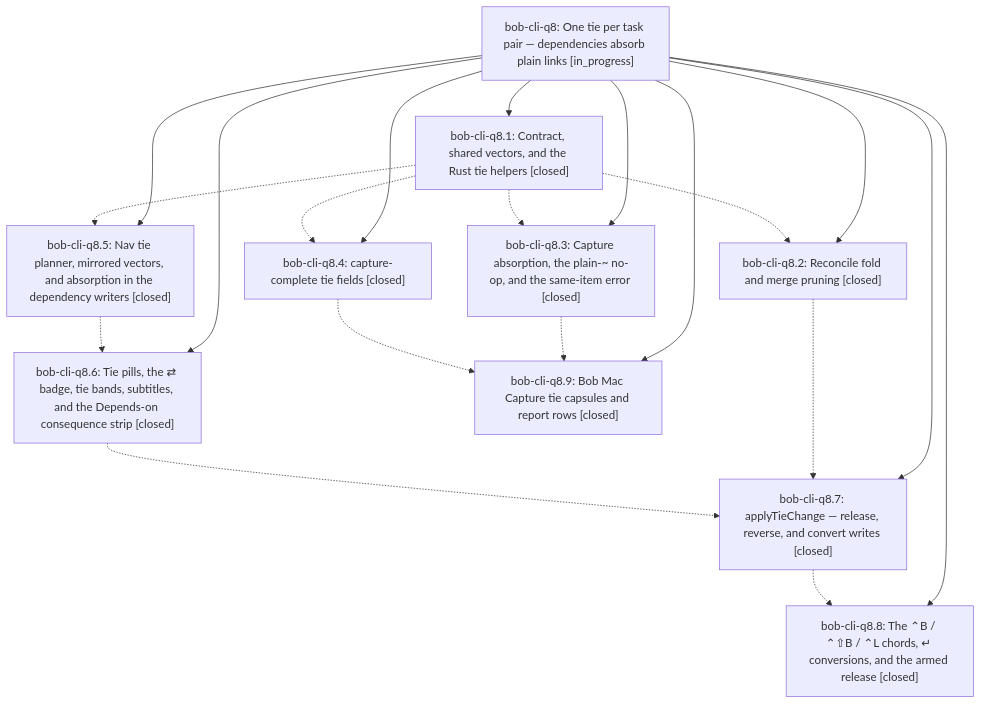
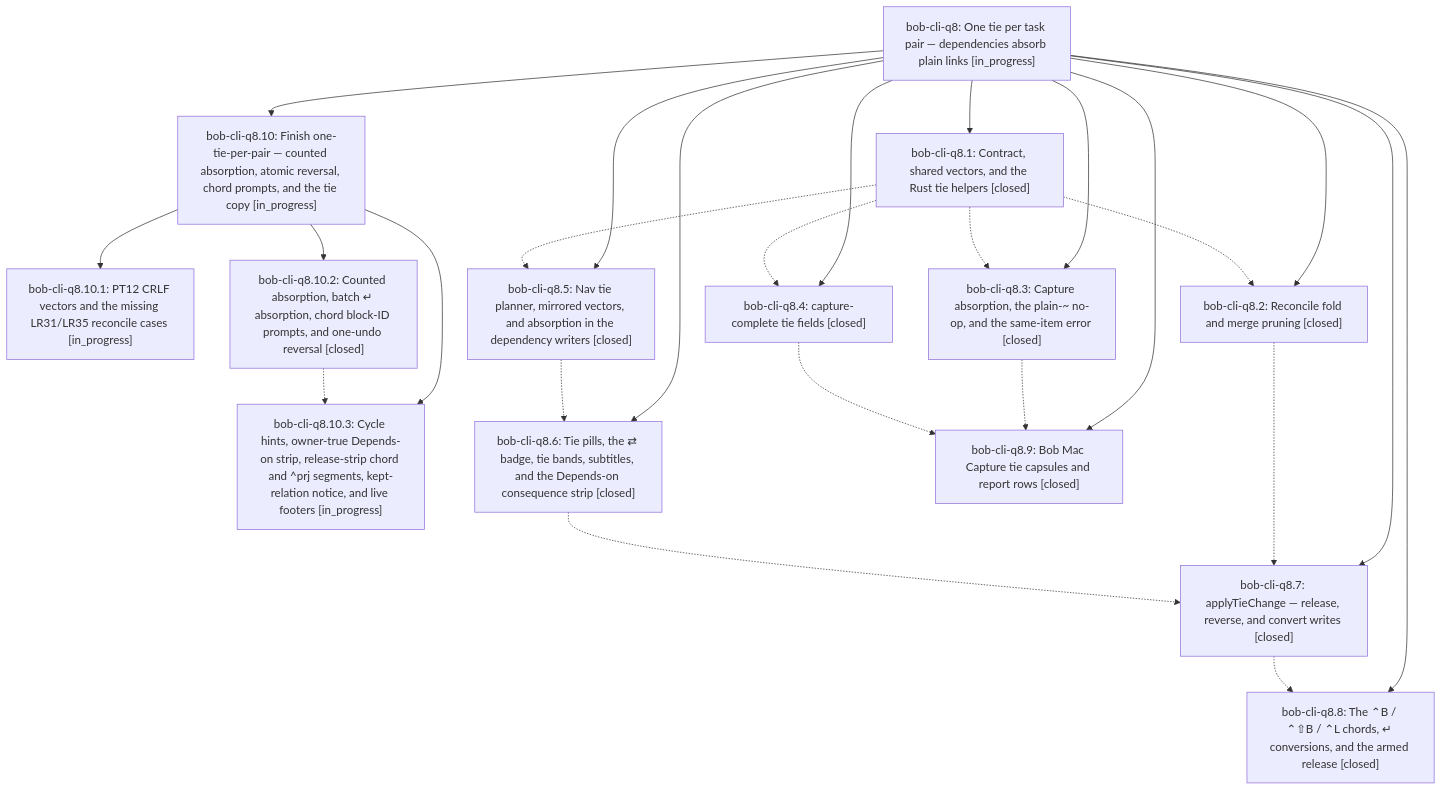
Before and after one commit to bobs-org/bob-cli--beads: the diagram in pages/bob-cli-q8/README.md, drawn with Mermaid. The commit also changed other lines of this file and 13 other files, not shown here.

First line of the commit message:
chore(beads): sync bead state and pages for bob-cli-q8

````diff
--- a/pages/bob-cli-q8/README.md
+++ b/pages/bob-cli-q8/README.md
@@ -50,32 +50,41 @@
 ```mermaid
 flowchart TD
     n0["bob-cli-q8: One tie per task pair — dependencies absorb plain links [in_progress]"]
     n1["bob-cli-q8.1: Contract, shared vectors, and the Rust tie helpers [closed]"]
-    n2["bob-cli-q8.2: Reconcile fold and merge pruning [closed]"]
-    n3["bob-cli-q8.3: Capture absorption, the plain-~ no-op, and the same-item error [closed]"]
-    n4["bob-cli-q8.4: capture-complete tie fields [closed]"]
-    n5["bob-cli-q8.5: Nav tie planner, mirrored vectors, and absorption in the dependency writers [closed]"]
-    n6["bob-cli-q8.6: Tie pills, the ⇄ badge, tie bands, subtitles, and the Depends-on consequence strip [closed]"]
-    n7["bob-cli-q8.7: applyTieChange — release, reverse, and convert writes [closed]"]
-    n8["bob-cli-q8.8: The ⌃B / ⌃⇧B / ⌃L chords, ↵ conversions, and the armed release [closed]"]
-    n9["bob-cli-q8.9: Bob Mac Capture tie capsules and report rows [closed]"]
+    n2["bob-cli-q8.10: Finish one-tie-per-pair — counted absorption, atomic reversal, chord prompts, and the tie copy [in_progress]"]
+    n3["bob-cli-q8.10.1: PT12 CRLF vectors and the missing LR31/LR35 reconcile cases [in_progress]"]
+    n4["bob-cli-q8.10.2: Counted absorption, batch ↵ absorption, chord block-ID prompts, and one-undo reversal [closed]"]
+    n5["bob-cli-q8.10.3: Cycle hints, owner-true Depends-on strip, release-strip chord and ^prj segments, kept-relation notice, and live footers [in_progress]"]
+    n6["bob-cli-q8.2: Reconcile fold and merge pruning [closed]"]
+    n7["bob-cli-q8.3: Capture absorption, the plain-~ no-op, and the same-item error [closed]"]
+    n8["bob-cli-q8.4: capture-complete tie fields [closed]"]
+    n9["bob-cli-q8.5: Nav tie planner, mirrored vectors, and absorption in the dependency writers [closed]"]
+    n10["bob-cli-q8.6: Tie pills, the ⇄ badge, tie bands, subtitles, and the Depends-on consequence strip [closed]"]
+    n11["bob-cli-q8.7: applyTieChange — release, reverse, and convert writes [closed]"]
+    n12["bob-cli-q8.8: The ⌃B / ⌃⇧B / ⌃L chords, ↵ conversions, and the armed release [closed]"]
+    n13["bob-cli-q8.9: Bob Mac Capture tie capsules and report rows [closed]"]
     n0 --> n1
     n0 --> n2
-    n0 --> n3
-    n0 --> n4
-    n0 --> n5
+    n2 --> n3
+    n2 --> n4
+    n2 --> n5
     n0 --> n6
     n0 --> n7
     n0 --> n8
     n0 --> n9
-    n1 -.-> n2
-    n1 -.-> n3
-    n1 -.-> n4
-    n1 -.-> n5
-    n2 -.-> n7
-    n3 -.-> n9
-    n4 -.-> n9
-    n5 -.-> n6
-    n6 -.-> n7
-    n7 -.-> n8
+    n0 --> n10
+    n0 --> n11
+    n0 --> n12
+    n0 --> n13
+    n1 -.-> n6
+    n1 -.-> n7
+    n1 -.-> n8
+    n1 -.-> n9
+    n4 -.-> n5
+    n6 -.-> n11
+    n7 -.-> n13
+    n8 -.-> n13
+    n9 -.-> n10
+    n10 -.-> n11
+    n11 -.-> n12
 ```
````
